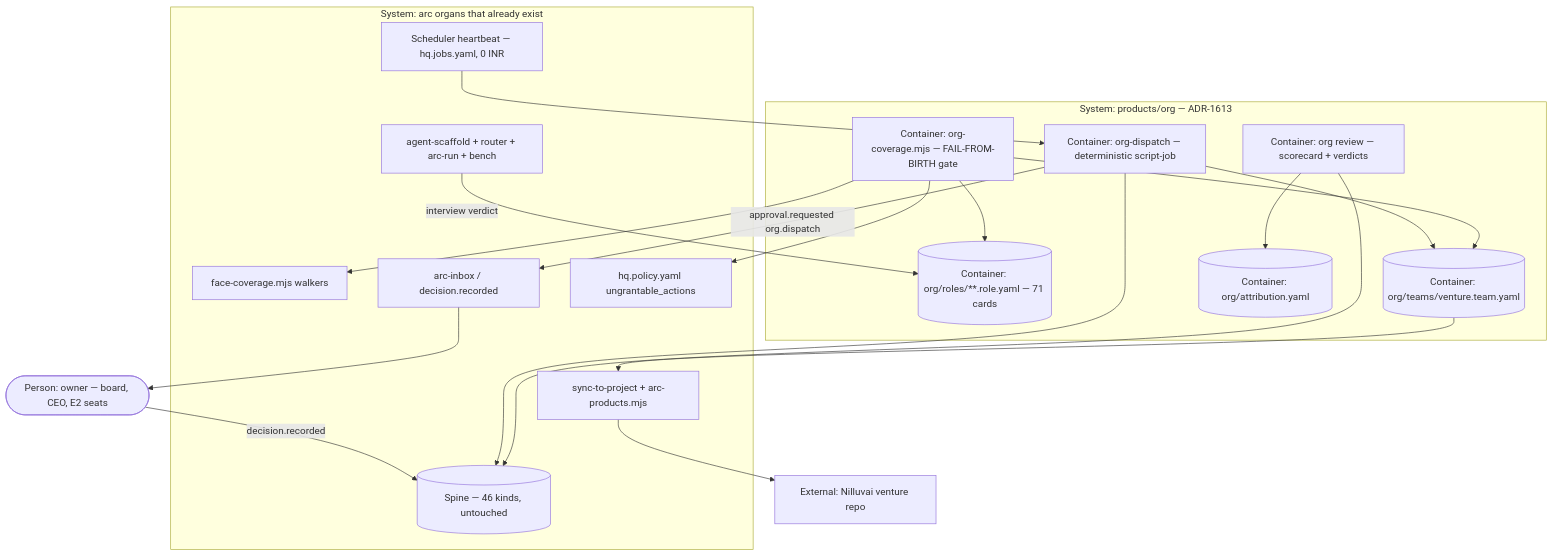
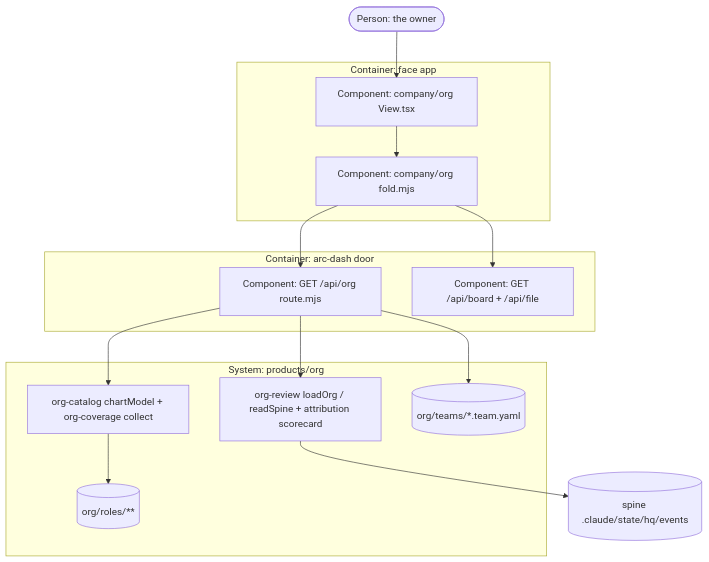
Before and after one commit to technology-ashiq/arc: the diagram in initiatives/org/PLAN.md, drawn with Mermaid. The commit also changed other lines of this file and 38 other files, not shown here.

First line of the commit message:
docs(org): Cycle 19 kickoff -- the org room (tier S, ADR-1624..1625)

````diff
--- a/initiatives/org/PLAN.md
+++ b/initiatives/org/PLAN.md
@@ -111,36 +49,25 @@
 ```mermaid
 flowchart TB
-  owner([Person: owner — board, CEO, E2 seats])
-  subgraph org [System: products/org — ADR-1613]
-    cards[(Container: org/roles/**.role.yaml — 71 cards)]
-    teams[(Container: org/teams/venture.team.yaml)]
-    amap[(Container: org/attribution.yaml)]
-    cov[Container: org-coverage.mjs — FAIL-FROM-BIRTH gate]
-    review[Container: org review — scorecard + verdicts]
-    disp[Container: org-dispatch — deterministic script-job]
+  owner([Person: the owner])
+  subgraph face [Container: face app]
+    view[Component: company/org View.tsx]
+    fold[Component: company/org fold.mjs]
   end
-  subgraph arc [System: arc organs that already exist]
-    fc[face-coverage.mjs walkers]
-    spine[(Spine — 46 kinds, untouched)]
-    inbox[arc-inbox / decision.recorded]
-    jobs[Scheduler heartbeat — hq.jobs.yaml, 0 INR]
-    sync[sync-to-project + arc-products.mjs]
-    hire[agent-scaffold + router + arc-run + bench]
-    policy[hq.policy.yaml ungrantable_actions]
+  subgraph door [Container: arc-dash door]
+    route[Component: GET /api/org route.mjs]
+    board[Component: GET /api/board + /api/file]
   end
-  venture[External: Nilluvai venture repo]
-  cov --> fc
-  cov --> cards
-  cov --> teams
-  cov --> policy
-  review --> spine
-  review --> amap
-  jobs --> disp
-  disp --> teams
-  disp --> spine
-  disp -->|approval.requested org.dispatch| inbox
-  inbox --> owner
-  owner -->|decision.recorded| spine
-  hire -->|interview verdict| cards
-  teams --> sync --> venture
+  subgraph org [System: products/org]
+    catalog[org-catalog chartModel + org-coverage collect]
+    review[org-review loadOrg / readSpine + attribution scorecard]
+    teams[(org/teams/*.team.yaml)]
+    cards[(org/roles/**)]
+  end
+  spine[(spine .claude/state/hq/events)]
+  owner --> view --> fold
+  fold --> route
+  fold --> board
+  route --> catalog --> cards
+  route --> review --> spine
+  route --> teams
 ```
````
